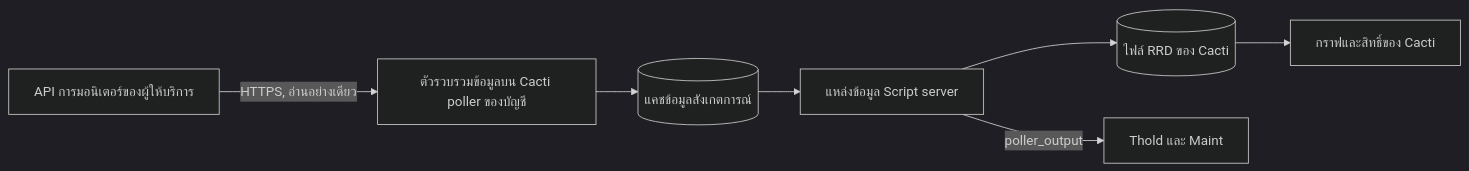
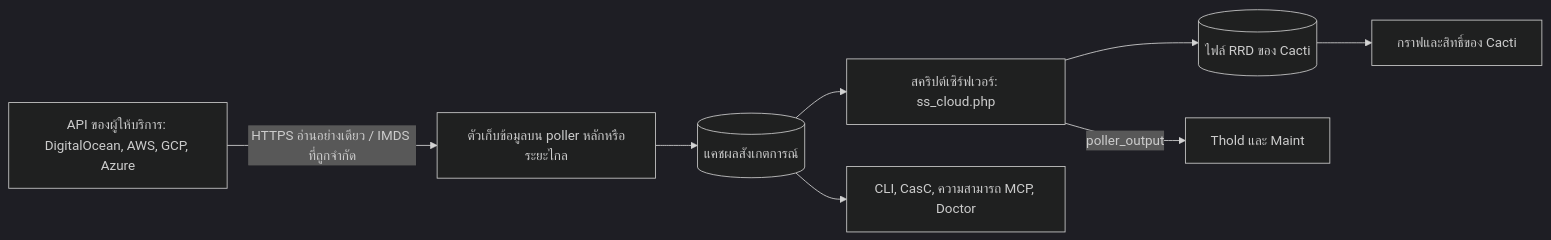
Before and after one commit to somethingwithproof/plugin_cloud: the diagram in docs/i18n/th-TH/README.md, drawn with Mermaid (dark theme). The commit also changed other lines of this file and 48 other files, not shown here.

First line of the commit message:
docs(readme): document AWS, GCP, Azure drivers, remote collectors, and ecosystem hooks

````diff
--- a/docs/i18n/th-TH/README.md
+++ b/docs/i18n/th-TH/README.md
@@ -109,9 +148,10 @@
 ```mermaid
 flowchart LR
-    API["API การมอนิเตอร์ของผู้ให้บริการ"] -->|"HTTPS, อ่านอย่างเดียว"| C["ตัวรวบรวมข้อมูลบน Cacti poller ของบัญชี"]
-    C --> O[("แคชข้อมูลสังเกตการณ์")]
-    O --> SS["แหล่งข้อมูล Script server"]
-    SS --> RRD[("ไฟล์ RRD ของ Cacti")]
-    SS -->|"poller_output"| T["Thold และ Maint"]
-    RRD --> G["กราฟและสิทธิ์ของ Cacti"]
+    API[API ของผู้ให้บริการ: DigitalOcean, AWS, GCP, Azure] -->|HTTPS อ่านอย่างเดียว / IMDS ที่ถูกจำกัด| C[ตัวเก็บข้อมูลบน poller หลักหรือระยะไกล]
+    C --> O[(แคชผลสังเกตการณ์)]
+    O --> SS[สคริปต์เซิร์ฟเวอร์: ss_cloud.php]
+    SS --> RRD[(ไฟล์ RRD ของ Cacti)]
+    SS -->|poller_output| T[Thold และ Maint]
+    RRD --> G[กราฟและสิทธิ์ของ Cacti]
+    O --> ECO[CLI, CasC, ความสามารถ MCP, Doctor]
 ```
````
